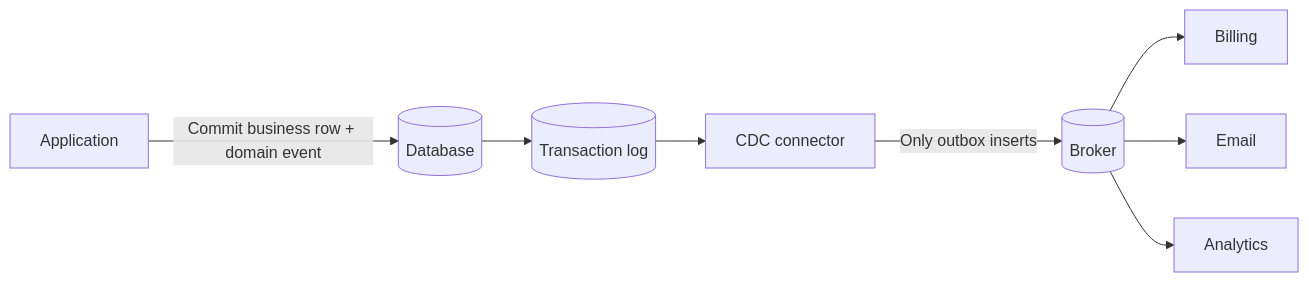
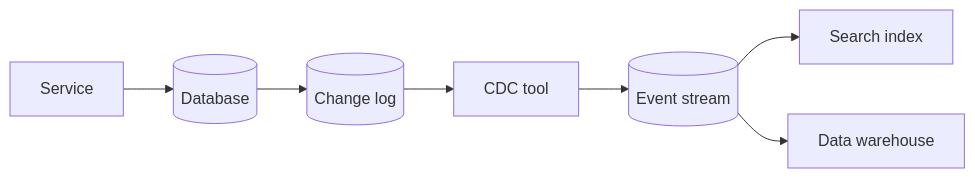
Before and after one commit to alanqi03/sys-design: the second of 2 diagrams in database/change-data-capture-outbox.md, drawn with Mermaid. The commit also changed other lines of this file and 6 other files, not shown here.

````diff
--- a/database/change-data-capture-outbox.md
+++ b/database/change-data-capture-outbox.md
@@ -183,10 +69,9 @@
 ```{mermaid}
 flowchart LR
-  app[Application] -->|Commit business row + domain event| db[(Database)]
-  db --> wal[(Transaction log)]
-  wal --> cdc[CDC connector]
-  cdc -->|Only outbox inserts| broker[(Broker)]
-  broker --> billing[Billing]
-  broker --> email[Email]
-  broker --> analytics[Analytics]
+  service[Service] --> db[(Database)]
+  db --> log[(Change log)]
+  log --> cdc[CDC tool]
+  cdc --> stream[(Event stream)]
+  stream --> search[Search index]
+  stream --> warehouse[Data warehouse]
 ```
````
